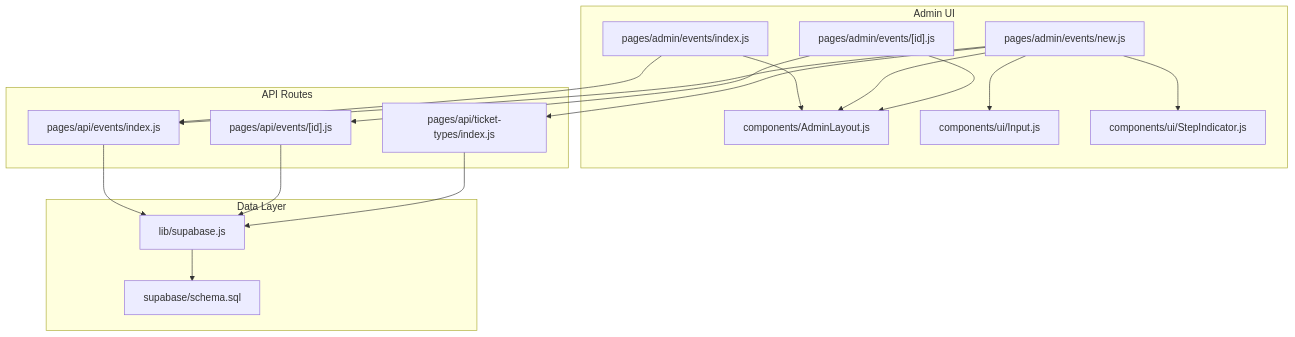
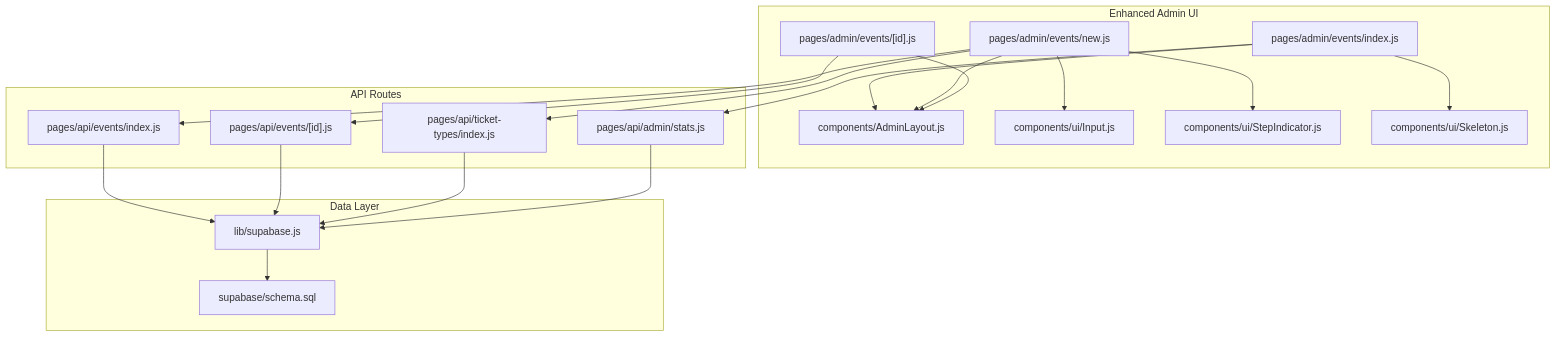
Before and after one commit to ObeyMuchechesi/TicketFlow: the first of 5 diagrams in .qoder/repowiki/en/content/Admin Dashboard/Event Management Interface/Event Management Interface.md, drawn with Mermaid. The commit also changed other lines of this file and 12 other files, not shown here.

First line of the commit message:
docs: EcoCash schema columns and project documentation refresh

````diff
--- a/.qoder/repowiki/en/content/Admin Dashboard/Event Management Interface/Event Management Interface.md
+++ b/.qoder/repowiki/en/content/Admin Dashboard/Event Management Interface/Event Management Interface.md
@@ -46,33 +60,37 @@
 ```mermaid
 graph TB
-subgraph "Admin UI"
+subgraph "Enhanced Admin UI"
 A["pages/admin/events/index.js"]
 B["pages/admin/events/new.js"]
 C["pages/admin/events/[id].js"]
 L["components/AdminLayout.js"]
 U1["components/ui/Input.js"]
 U2["components/ui/StepIndicator.js"]
+U3["components/ui/Skeleton.js"]
 end
 subgraph "API Routes"
 E1["pages/api/events/index.js"]
 E2["pages/api/events/[id].js"]
 T1["pages/api/ticket-types/index.js"]
+S1["pages/api/admin/stats.js"]
 end
 subgraph "Data Layer"
 S["lib/supabase.js"]
 D["supabase/schema.sql"]
 end
-A --> E1
+A --> S1
 B --> E1
 B --> T1
 C --> E2
 E1 --> S
 E2 --> S
 T1 --> S
+S1 --> S
 S --> D
 A --> L
 B --> L
 C --> L
 B --> U1
 B --> U2
+A --> U3
 ```
````
